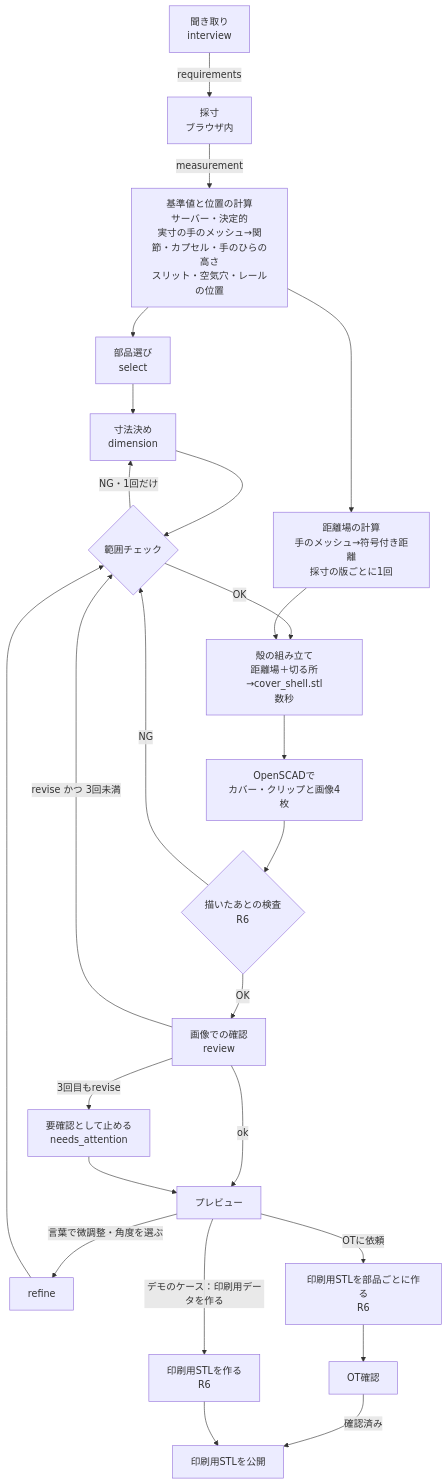
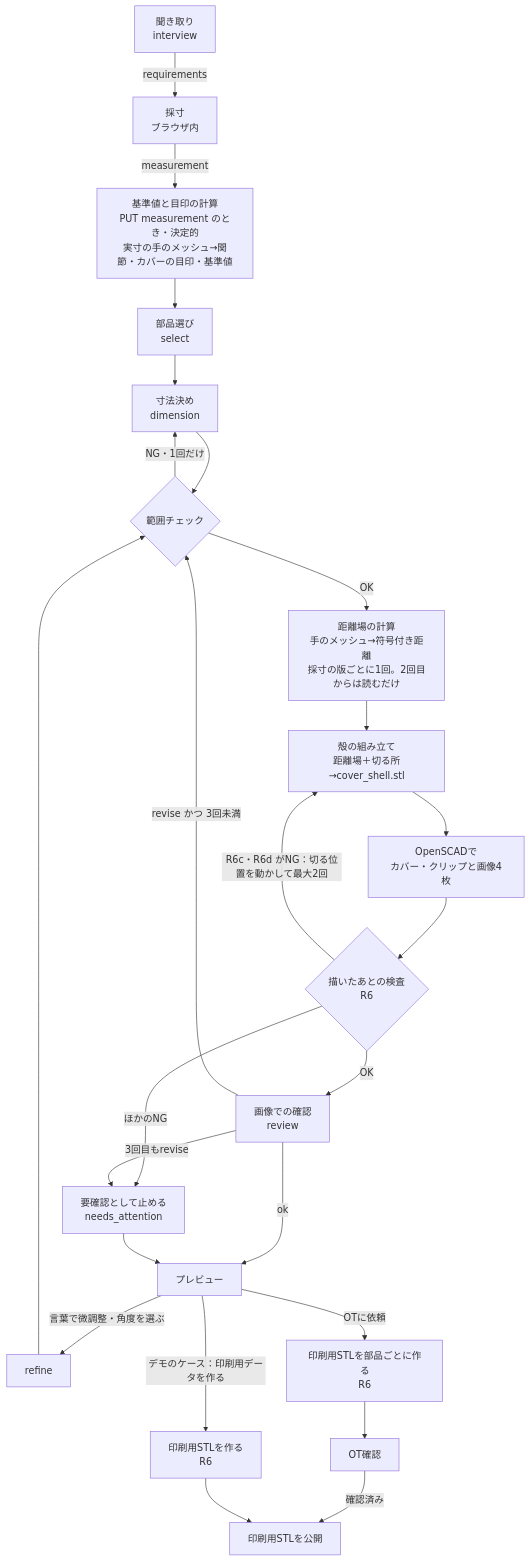
One commit to Devfest-Hackathon-2026/df-2026-t101 changed the diagram in docs/generation-pipeline.md. Above: the diagram before and after it, drawn with Mermaid. The commit also changed other lines of this file and 31 other files, not shown here.

````diff
--- a/docs/generation-pipeline.md
+++ b/docs/generation-pipeline.md
@@ -14,25 +14,25 @@
 ```mermaid
 flowchart TD
   I[聞き取り<br/>interview] -->|requirements| M[採寸<br/>ブラウザ内]
-  M -->|measurement| B[基準値と位置の計算<br/>サーバー・決定的<br/>実寸の手のメッシュ→関節・カプセル・手のひらの高さ<br/>スリット・空気穴・レールの位置]
+  M -->|measurement| B[基準値と目印の計算<br/>PUT measurement のとき・決定的<br/>実寸の手のメッシュ→関節・カバーの目印・基準値]
   B --> S[部品選び<br/>select]
-  B --> K[距離場の計算<br/>手のメッシュ→符号付き距離<br/>採寸の版ごとに1回]
   S --> D[寸法決め<br/>dimension]
   D --> V{範囲チェック}
   V -->|NG・1回だけ| D
-  V -->|OK| L[殻の組み立て<br/>距離場＋切る所→cover_shell.stl<br/>数秒]
-  K --> L
+  V -->|OK| K[距離場の計算<br/>手のメッシュ→符号付き距離<br/>採寸の版ごとに1回。2回目からは読むだけ]
+  K --> L[殻の組み立て<br/>距離場＋切る所→cover_shell.stl]
   L --> R[OpenSCADで<br/>カバー・クリップと画像4枚]
   R --> Q{描いたあとの検査<br/>R6}
-  Q -->|NG| V
+  Q -->|R6c・R6d がNG：切る位置を動かして最大2回| L
+  Q -->|ほかのNG| H
   Q -->|OK| C[画像での確認<br/>review]
   C -->|ok| P[プレビュー]
   C -->|revise かつ 3回未満| V
   C -->|3回目もrevise| H[要確認として止める<br/>needs_attention]
   H --> P
   P -->|言葉で微調整・角度を選ぶ| F[refine] --> V
   P -->|OTに依頼| X[印刷用STLを部品ごとに作る<br/>R6]
   X --> O[OT確認]
   O -->|確認済み| Y[印刷用STLを公開]
   P -->|デモのケース：印刷用データを作る| X2[印刷用STLを作る<br/>R6] --> Y
 ```
````
